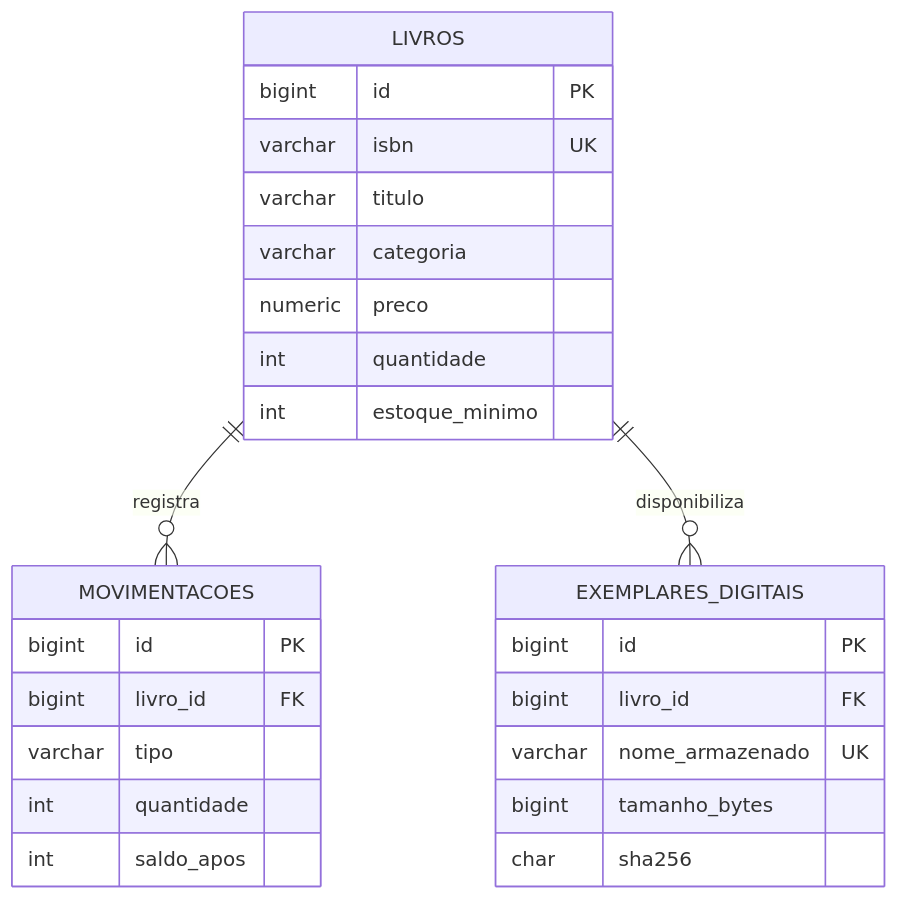
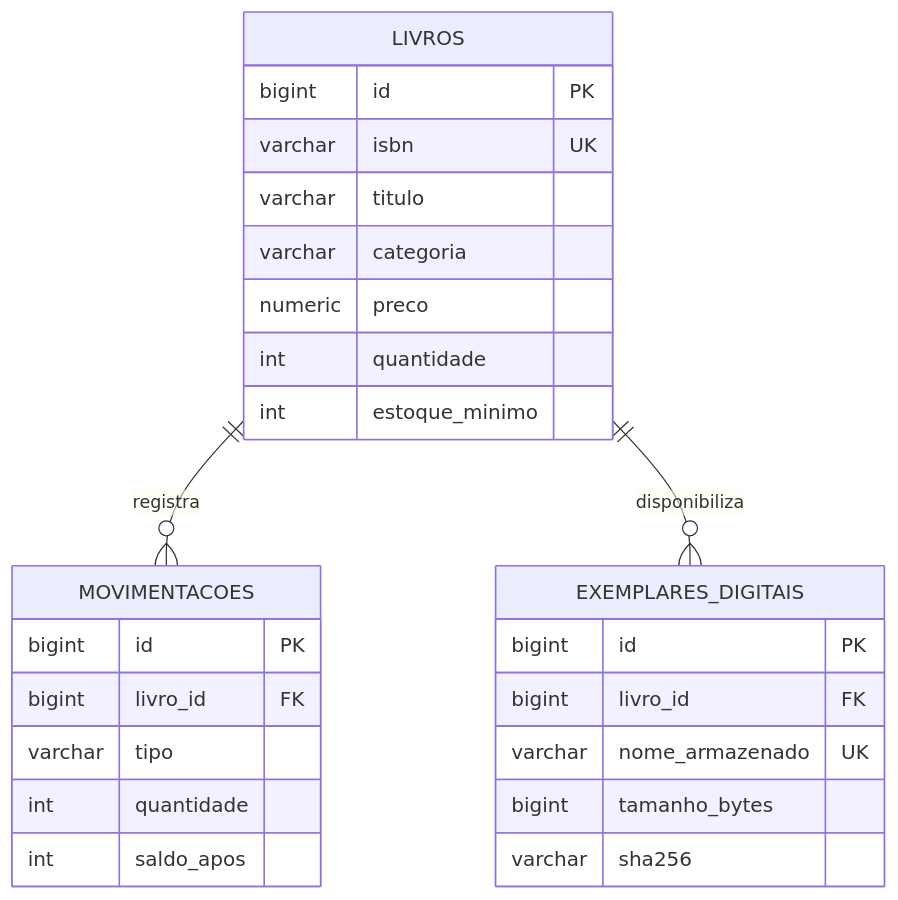
Before and after one commit to juceliocoelho2022/livrostock-fullstack: the second of 2 diagrams in README.md, drawn with Mermaid.

Commit message:
chore(digital): ajusta mapeamento SQL gitignore e roadmap

````diff
--- a/README.md
+++ b/README.md
@@ -251,28 +251,28 @@
 ```mermaid
 erDiagram
     LIVROS ||--o{ MOVIMENTACOES : registra
     LIVROS ||--o{ EXEMPLARES_DIGITAIS : disponibiliza
     LIVROS {
         bigint id PK
         varchar isbn UK
         varchar titulo
         varchar categoria
         numeric preco
         int quantidade
         int estoque_minimo
     }
     MOVIMENTACOES {
         bigint id PK
         bigint livro_id FK
         varchar tipo
         int quantidade
         int saldo_apos
     }
     EXEMPLARES_DIGITAIS {
         bigint id PK
         bigint livro_id FK
         varchar nome_armazenado UK
         bigint tamanho_bytes
-        char sha256
+        varchar sha256
     }
 ```
````
